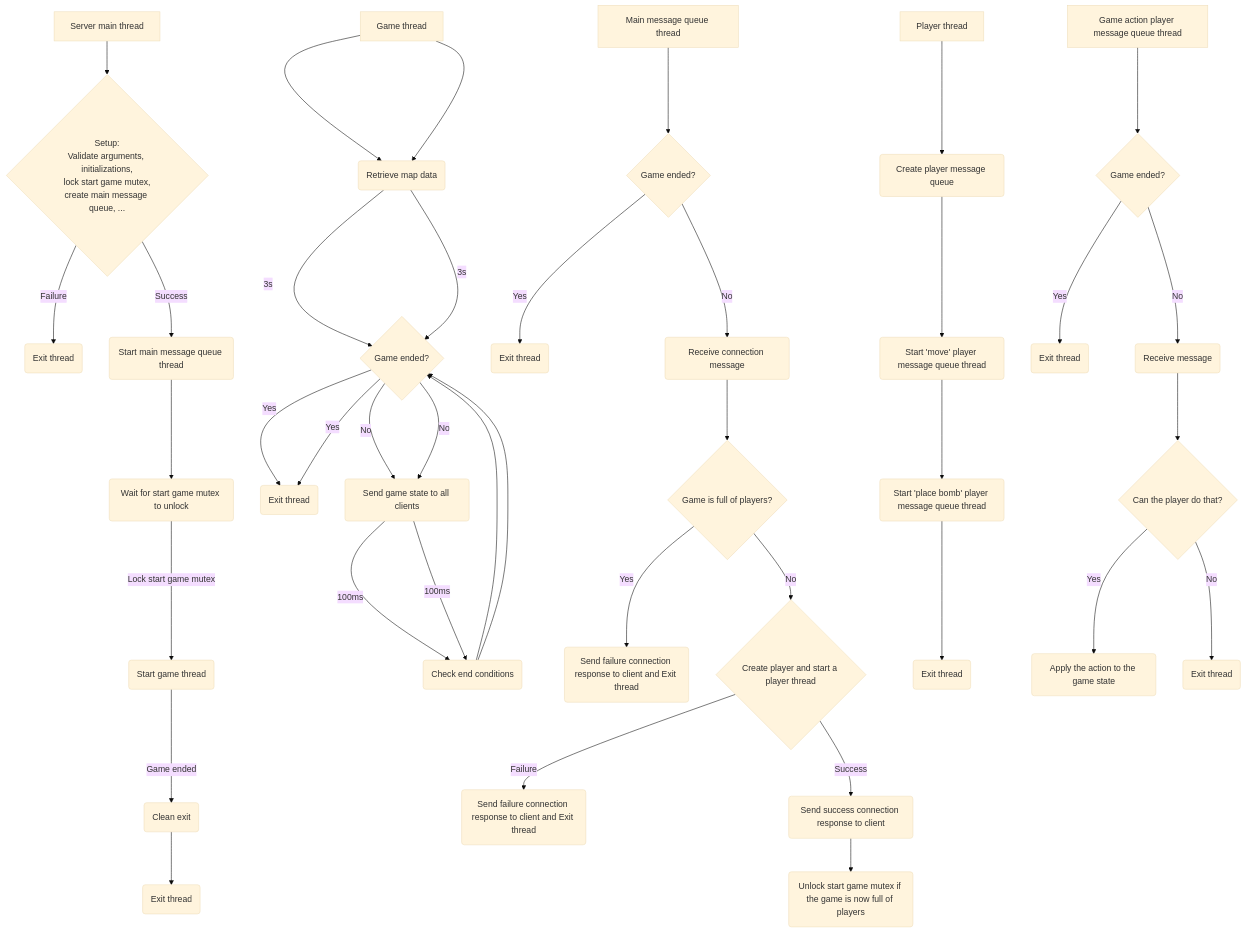
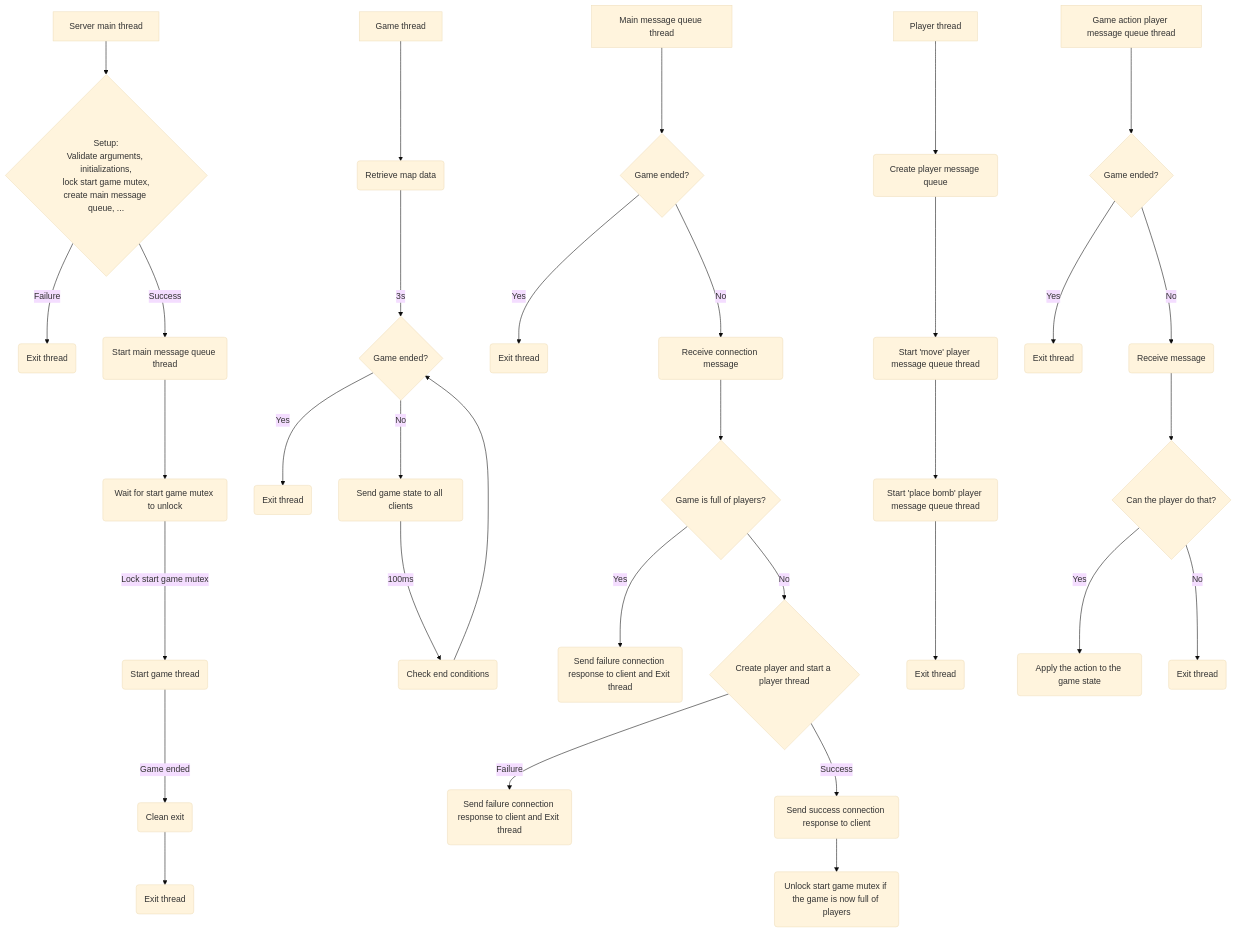
One commit to eNiiju/bomberman-console changed the diagram in server/README.md. Above: the diagram before and after it, drawn with Mermaid (base theme).

Commit message:
Fix double arrows

````diff
--- a/server/README.md
+++ b/server/README.md
@@ -5,46 +5,39 @@
 ```mermaid
 graph TD
     MAIN_THREAD[Server main thread] --> MAIN_THREAD_A{Setup:<br />Validate arguments, initializations,<br />lock start game mutex,<br />create main message queue, ...}
     MAIN_THREAD_A -->|Failure| MAIN_THREAD_B(Exit thread)
     MAIN_THREAD_A -->|Success| MAIN_THREAD_C(Start main message queue thread)
     MAIN_THREAD_C --> MAIN_THREAD_D(Wait for start game mutex to unlock)
     MAIN_THREAD_D -->|Lock start game mutex| MAIN_THREAD_E(Start game thread)
     MAIN_THREAD_E -->|Game ended| MAIN_THREAD_F(Clean exit)
     MAIN_THREAD_F --> MAIN_THREAD_G(Exit thread)
 
     THREAD_GAME[Game thread] --> THREAD_GAME_A(Retrieve map data)
     THREAD_GAME_A -->|3s| THREAD_GAME_B{Game ended?}
     THREAD_GAME_B -->|Yes| THREAD_GAME_C(Exit thread)
     THREAD_GAME_B -->|No| THREAD_GAME_D(Send game state to all clients)
     THREAD_GAME_D -->|100ms| THREAD_GAME_E(Check end conditions)
     THREAD_GAME_E --> THREAD_GAME_B
 
     THREAD_MAIN_MESSAGE_QUEUE[Main message queue thread] --> THREAD_MAIN_MESSAGE_QUEUE_A{Game ended?}
     THREAD_MAIN_MESSAGE_QUEUE_A -->|Yes| THREAD_MAIN_MESSAGE_QUEUE_B(Exit thread)
     THREAD_MAIN_MESSAGE_QUEUE_A -->|No| THREAD_MAIN_MESSAGE_QUEUE_C(Receive connection message)
     THREAD_MAIN_MESSAGE_QUEUE_C --> THREAD_MAIN_MESSAGE_QUEUE_D{Game is full of players?}
     THREAD_MAIN_MESSAGE_QUEUE_D -->|Yes| THREAD_MAIN_MESSAGE_QUEUE_E(Send failure connection response to client and Exit thread)
     THREAD_MAIN_MESSAGE_QUEUE_D -->|No| THREAD_MAIN_MESSAGE_QUEUE_F{Create player and start a player thread}
     THREAD_MAIN_MESSAGE_QUEUE_F -->|Failure| THREAD_MAIN_MESSAGE_QUEUE_G(Send failure connection response to client and Exit thread)
     THREAD_MAIN_MESSAGE_QUEUE_F -->|Success| THREAD_MAIN_MESSAGE_QUEUE_H(Send success connection response to client)
     THREAD_MAIN_MESSAGE_QUEUE_H --> THREAD_MAIN_MESSAGE_QUEUE_I(Unlock start game mutex if the game is now full of players)
 
-    THREAD_GAME[Game thread] --> THREAD_GAME_A(Retrieve map data)
-    THREAD_GAME_A -->|3s| THREAD_GAME_B{Game ended?}
-    THREAD_GAME_B -->|Yes| THREAD_GAME_C(Exit thread)
-    THREAD_GAME_B -->|No| THREAD_GAME_D(Send game state to all clients)
-    THREAD_GAME_D -->|100ms| THREAD_GAME_E(Check end conditions)
-    THREAD_GAME_E --> THREAD_GAME_B
-
     THREAD_PLAYER[Player thread] --> THREAD_PLAYER_A(Create player message queue)
     THREAD_PLAYER_A --> THREAD_PLAYER_B(Start 'move' player message queue thread)
     THREAD_PLAYER_B --> THREAD_PLAYER_C(Start 'place bomb' player message queue thread)
     THREAD_PLAYER_C --> THREAD_PLAYER_D(Exit thread)
     
     THREAD_GAME_ACTION_PLAYER_MESSAGE_QUEUE[Game action player message queue thread] --> THREAD_GAME_ACTION_PLAYER_MESSAGE_QUEUE_A{Game ended?}
     THREAD_GAME_ACTION_PLAYER_MESSAGE_QUEUE_A -->|Yes| THREAD_GAME_ACTION_PLAYER_MESSAGE_QUEUE_B(Exit thread)
     THREAD_GAME_ACTION_PLAYER_MESSAGE_QUEUE_A -->|No| THREAD_GAME_ACTION_PLAYER_MESSAGE_QUEUE_C(Receive message)
     THREAD_GAME_ACTION_PLAYER_MESSAGE_QUEUE_C --> THREAD_GAME_ACTION_PLAYER_MESSAGE_QUEUE_D{Can the player do that?}
     THREAD_GAME_ACTION_PLAYER_MESSAGE_QUEUE_D -->|Yes| THREAD_GAME_ACTION_PLAYER_MESSAGE_QUEUE_E(Apply the action to the game state)
     THREAD_GAME_ACTION_PLAYER_MESSAGE_QUEUE_D -->|No| THREAD_GAME_ACTION_PLAYER_MESSAGE_QUEUE_F(Exit thread)
 ```
````
